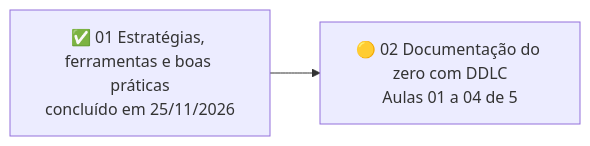
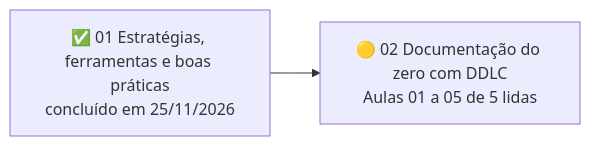
The fifth of 7 diagrams in mapa-de-estudos.md (letsprown-code/po-learning-journal), drawn with Mermaid before and after one commit. The commit also changed other lines of this file and 5 other files, not shown here.

```diff
--- a/mapa-de-estudos.md
+++ b/mapa-de-estudos.md
@@ -171,4 +171,4 @@
 ~~~mermaid
 flowchart LR
-    C1["✅ 01 Estratégias, ferramentas e boas práticas<br/>concluído em 25/11/2026"] --> C2["🟡 02 Documentação do zero com DDLC<br/>Aulas 01 a 04 de 5"]
+    C1["✅ 01 Estratégias, ferramentas e boas práticas<br/>concluído em 25/11/2026"] --> C2["🟡 02 Documentação do zero com DDLC<br/>Aulas 01 a 05 de 5 lidas"]
 ~~~
```
